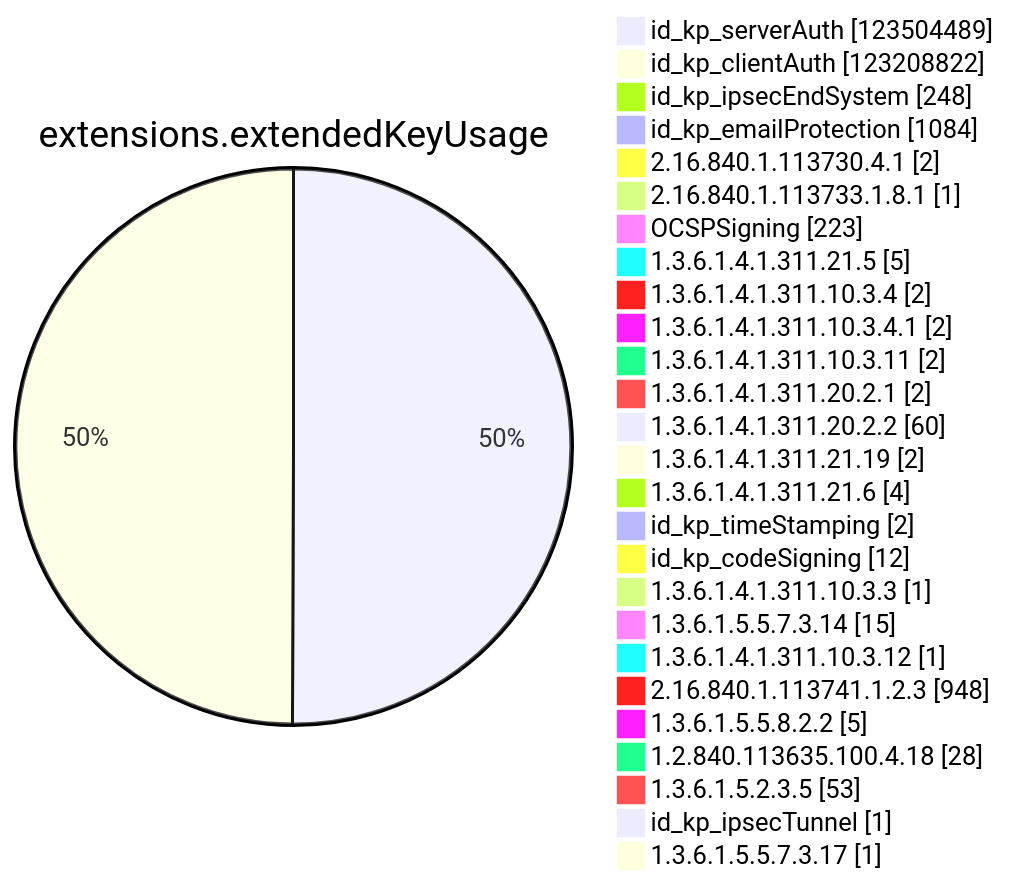
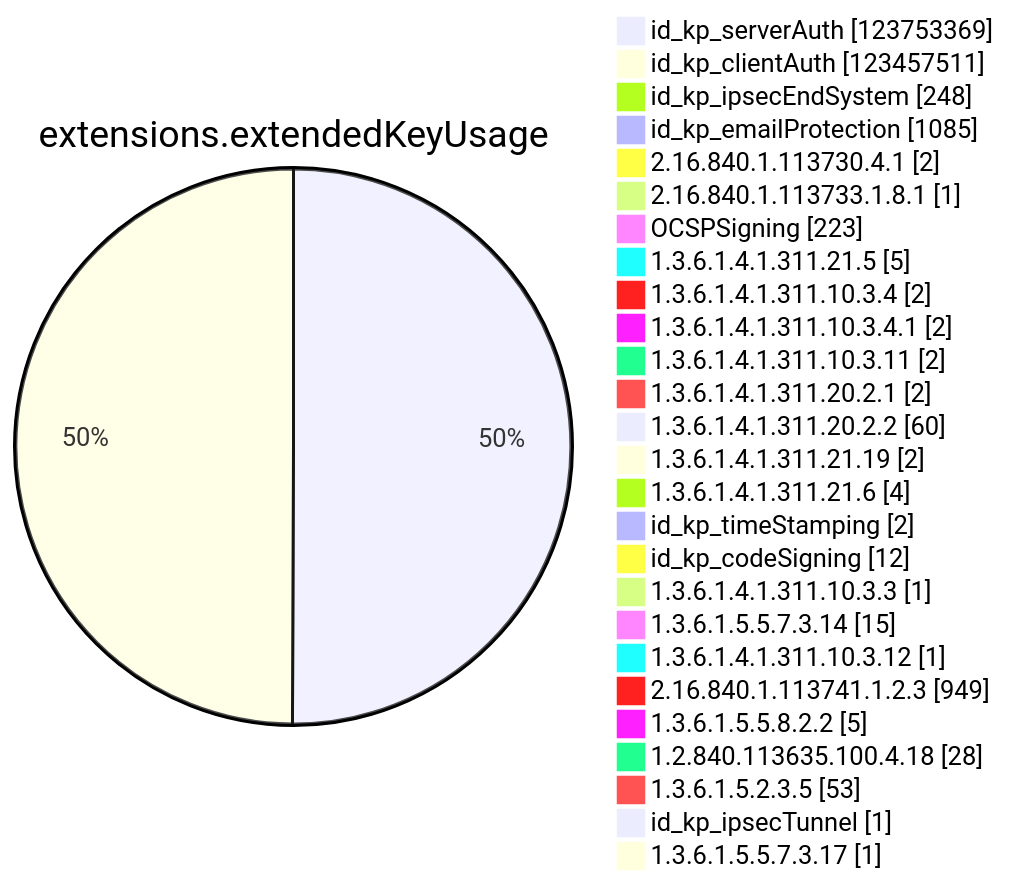
One commit to christiankrug/ctmonitor_visualization changed diagram 11 of 15 in xenon2023/README.md. Above: the diagram before and after it, drawn with Mermaid. The commit also changed other lines of this file, not shown here.

````diff
--- a/xenon2023/README.md
+++ b/xenon2023/README.md
@@ -2688,30 +2697,30 @@
 ```mermaid
 pie showData
 title extensions.extendedKeyUsage
-"id_kp_serverAuth" :123504489
-"id_kp_clientAuth" :123208822
+"id_kp_serverAuth" :123753369
+"id_kp_clientAuth" :123457511
 "id_kp_ipsecEndSystem" :248
-"id_kp_emailProtection" :1084
+"id_kp_emailProtection" :1085
 "2.16.840.1.113730.4.1" :2
 "2.16.840.1.113733.1.8.1" :1
 "OCSPSigning" :223
 "1.3.6.1.4.1.311.21.5" :5
 "1.3.6.1.4.1.311.10.3.4" :2
 "1.3.6.1.4.1.311.10.3.4.1" :2
 "1.3.6.1.4.1.311.10.3.11" :2
 "1.3.6.1.4.1.311.20.2.1" :2
 "1.3.6.1.4.1.311.20.2.2" :60
 "1.3.6.1.4.1.311.21.19" :2
 "1.3.6.1.4.1.311.21.6" :4
 "id_kp_timeStamping" :2
 "id_kp_codeSigning" :12
 "1.3.6.1.4.1.311.10.3.3" :1
 "1.3.6.1.5.5.7.3.14" :15
 "1.3.6.1.4.1.311.10.3.12" :1
-"2.16.840.1.113741.1.2.3" :948
+"2.16.840.1.113741.1.2.3" :949
 "1.3.6.1.5.5.8.2.2" :5
 "1.2.840.113635.100.4.18" :28
 "1.3.6.1.5.2.3.5" :53
 "id_kp_ipsecTunnel" :1
 "1.3.6.1.5.5.7.3.17" :1
 ```
````
